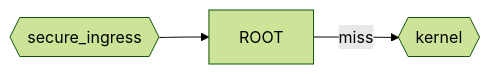
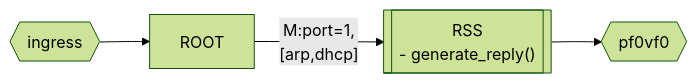
Before and after one commit to nvbrent/doca-psp-sample-app: the fourth of 7 diagrams in README.md, drawn with Mermaid (forest theme). The commit also changed other lines of this file and 1 other file, not shown here.

````diff
--- a/README.md
+++ b/README.md
@@ -89,9 +121,15 @@
 ```mermaid
  %%{init:{'flowchart':{'useMaxWidth':false}}}%%
 flowchart LR
-    secure_ingress{{secure_ingress}}
-    kernel{{kernel}}
+    ingress{{ingress}}
+    pf0vf0{{pf0vf0}}
+    RSS[["RSS
+    - generate_reply()
+    "]]
 
-    secure_ingress-->ROOT
-    ROOT-->|miss|kernel
+    ingress-->ROOT
+
+    ROOT-->|"M:port=1,
+    [arp,dhcp]"|RSS
+    RSS-->pf0vf0
 ```
````
